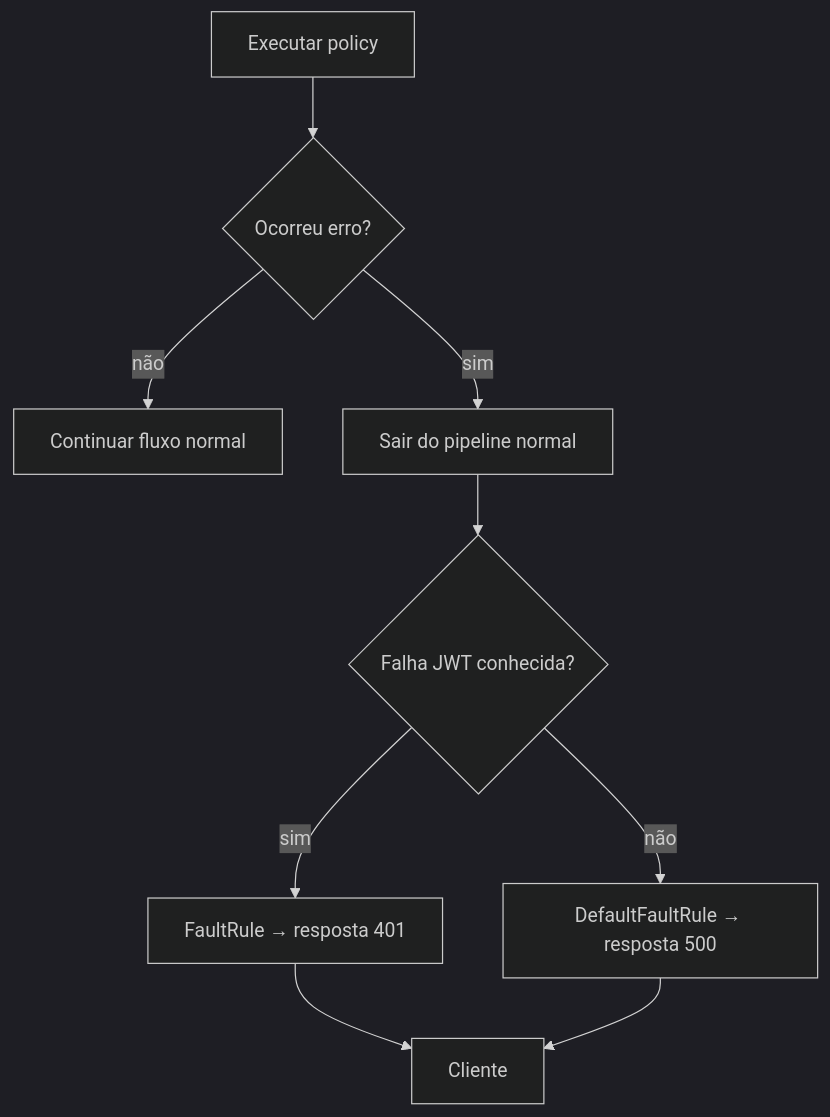
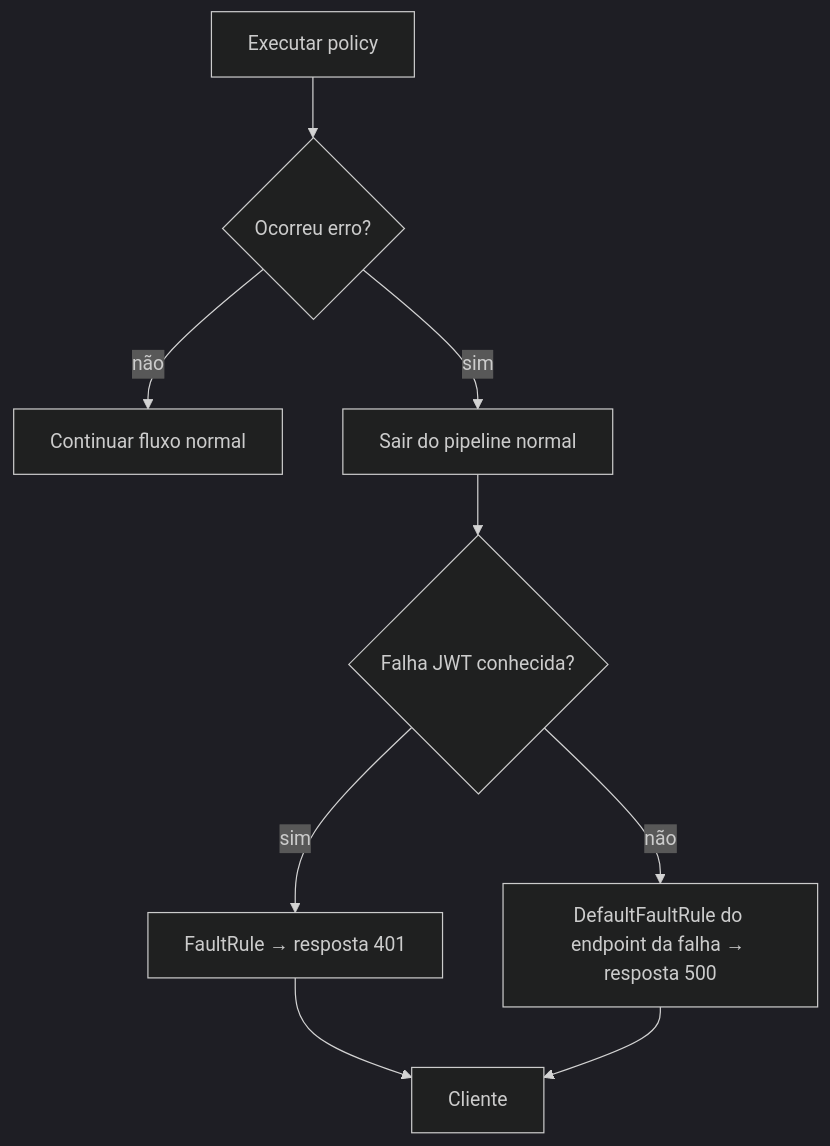
One commit to rodri-oliveira-dev/apigee-architecture-lab changed the second of 2 diagrams in examples/03-advanced/README.md. Above: the diagram before and after it, drawn with Mermaid (dark theme). The commit also changed other lines of this file and 6 other files, not shown here.

````diff
--- a/examples/03-advanced/README.md
+++ b/examples/03-advanced/README.md
@@ -18,11 +18,11 @@
 ```mermaid
 flowchart TD
     R[Executar policy] --> E{Ocorreu erro?}
     E -->|não| N[Continuar fluxo normal]
     E -->|sim| X[Sair do pipeline normal]
     X --> J{Falha JWT conhecida?}
     J -->|sim| A[FaultRule → resposta 401]
-    J -->|não| D[DefaultFaultRule → resposta 500]
+    J -->|não| D[DefaultFaultRule do endpoint da falha → resposta 500]
     A --> C[Cliente]
     D --> C
 ```
````
